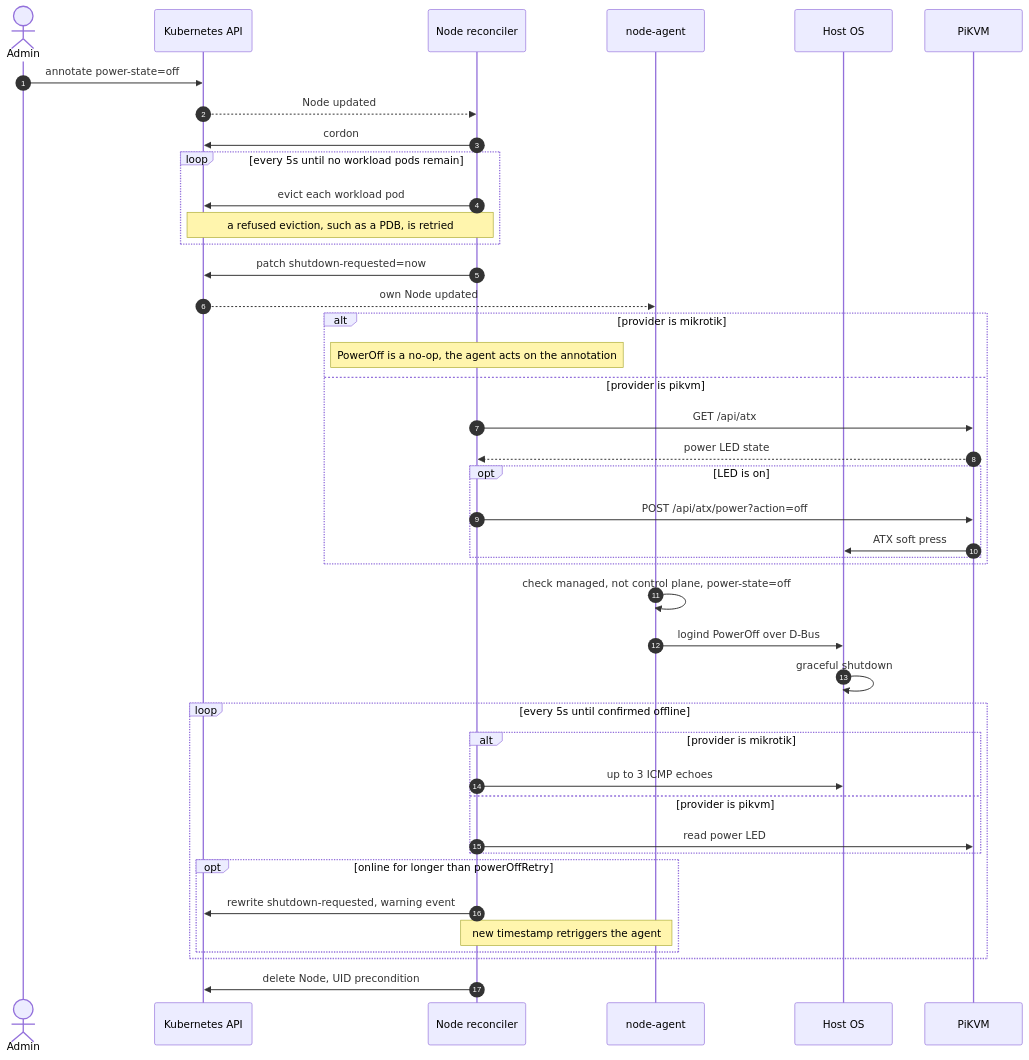
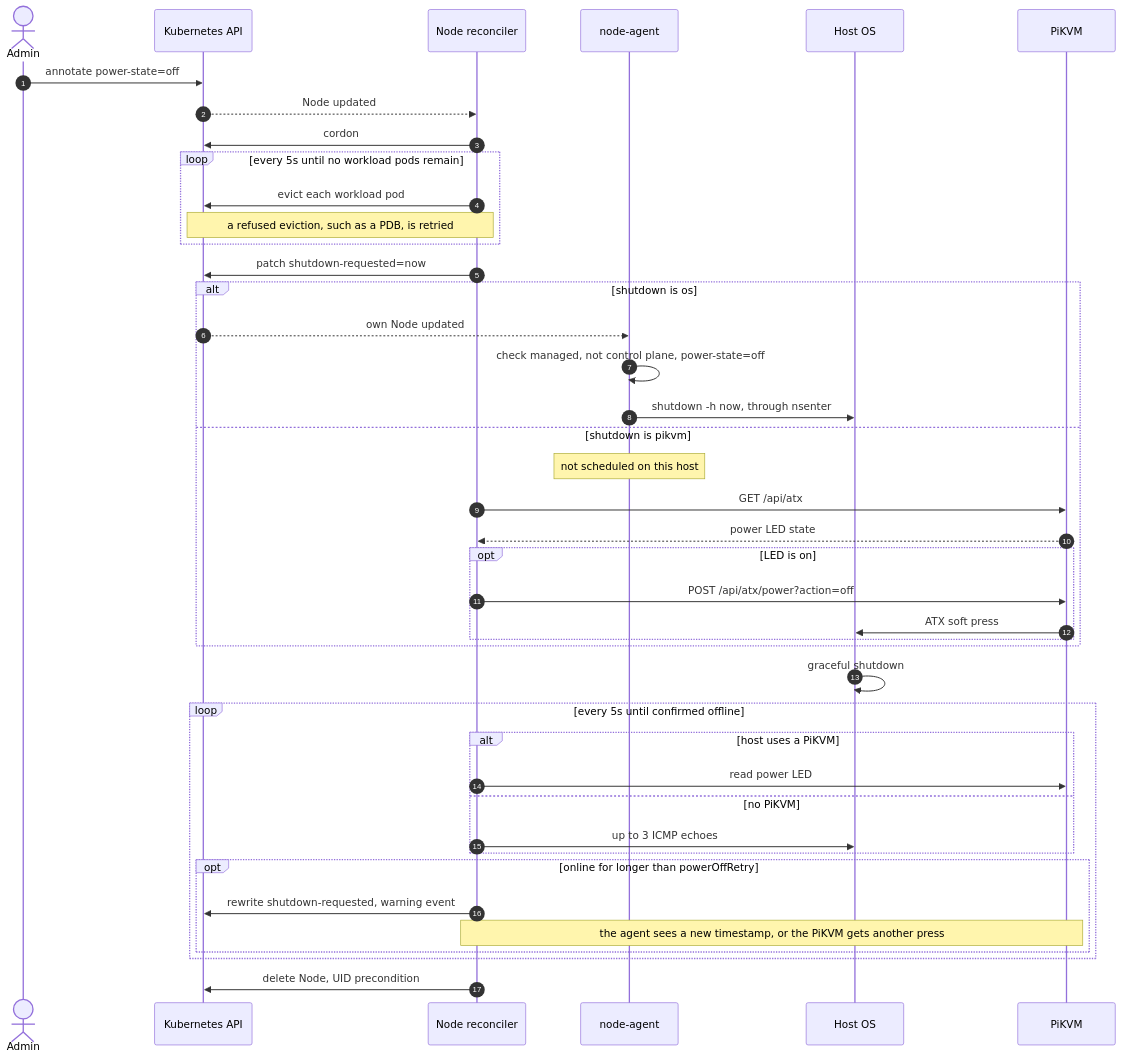
Before and after one commit to kiemlicz/nekromancer: the fourth of 6 diagrams in docs/how-it-works.md, drawn with Mermaid. The commit also changed other lines of this file and 23 other files, not shown here.

First line of the commit message:
Split wake and shutdown into per-host providers

````diff
--- a/docs/how-it-works.md
+++ b/docs/how-it-works.md
@@ -99,51 +100,50 @@
 ```mermaid
 sequenceDiagram
     autonumber
     actor Admin
     participant API as Kubernetes API
     participant NR as Node reconciler
     participant AG as node-agent
     participant Host as Host OS
     participant PK as PiKVM
 
     Admin->>API: annotate power-state=off
     API-->>NR: Node updated
     NR->>API: cordon
 
     loop every 5s until no workload pods remain
         NR->>API: evict each workload pod
         Note over NR,API: a refused eviction, such as a PDB, is retried
     end
 
     NR->>API: patch shutdown-requested=now
-    API-->>AG: own Node updated
 
-    alt provider is mikrotik
-        Note over NR: PowerOff is a no-op, the agent acts on the annotation
-    else provider is pikvm
+    alt shutdown is os
+        API-->>AG: own Node updated
+        AG->>AG: check managed, not control plane, power-state=off
+        AG->>Host: shutdown -h now, through nsenter
+    else shutdown is pikvm
+        Note over AG: not scheduled on this host
         NR->>PK: GET /api/atx
         PK-->>NR: power LED state
         opt LED is on
             NR->>PK: POST /api/atx/power?action=off
             PK->>Host: ATX soft press
         end
     end
-
-    AG->>AG: check managed, not control plane, power-state=off
-    AG->>Host: logind PowerOff over D-Bus
     Host->>Host: graceful shutdown
 
     loop every 5s until confirmed offline
-        alt provider is mikrotik
+        alt host uses a PiKVM
+            NR->>PK: read power LED
+        else no PiKVM
             NR->>Host: up to 3 ICMP echoes
-        else provider is pikvm
-            NR->>PK: read power LED
         end
         opt online for longer than powerOffRetry
             NR->>API: rewrite shutdown-requested, warning event
-            Note over NR,AG: new timestamp retriggers the agent
+            Note over NR,PK: the agent sees a new timestamp, or the PiKVM gets another press
         end
     end
 
     NR->>API: delete Node, UID precondition
 ```
````
